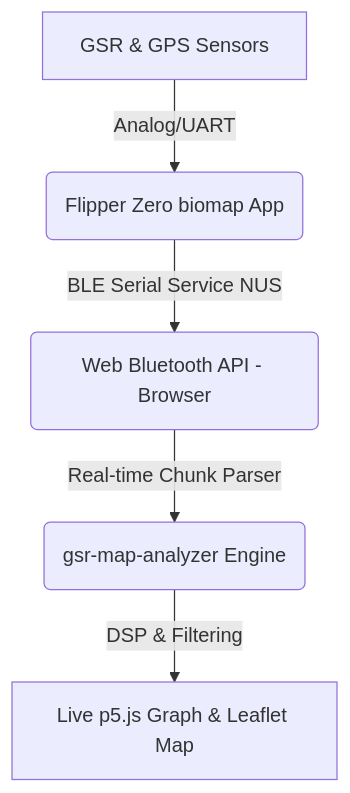
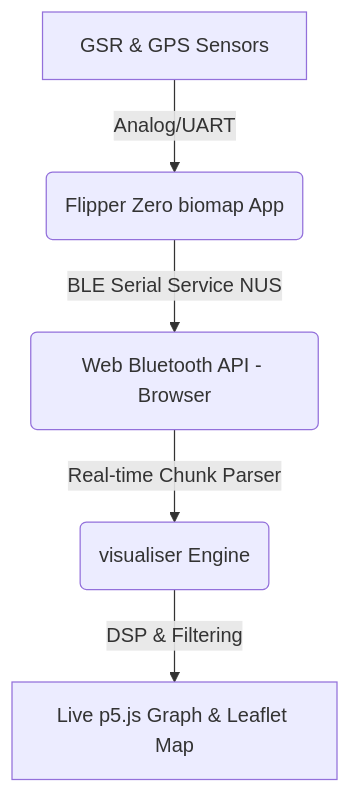
One commit to Softhook/BioMapping changed the diagram in docs/bluetooth_serial_investigation.md. Above: the diagram before and after it, drawn with Mermaid. The commit also changed other lines of this file and 84 other files, not shown here.

````diff
--- a/docs/bluetooth_serial_investigation.md
+++ b/docs/bluetooth_serial_investigation.md
@@ -11,7 +11,7 @@
 ```mermaid
 graph TD
     A[GSR & GPS Sensors] -->|Analog/UART| B(Flipper Zero biomap App)
     B -->|BLE Serial Service NUS| C(Web Bluetooth API - Browser)
-    C -->|Real-time Chunk Parser| D(gsr-map-analyzer Engine)
+    C -->|Real-time Chunk Parser| D(visualiser Engine)
     D -->|DSP & Filtering| E[Live p5.js Graph & Leaflet Map]
 ```
````
